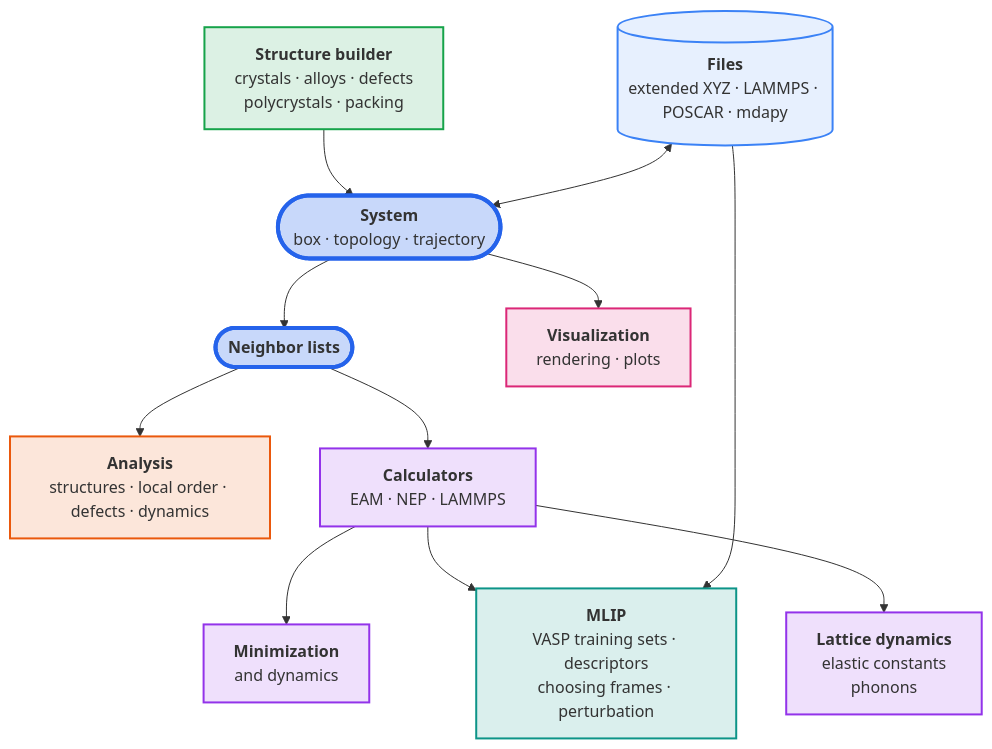
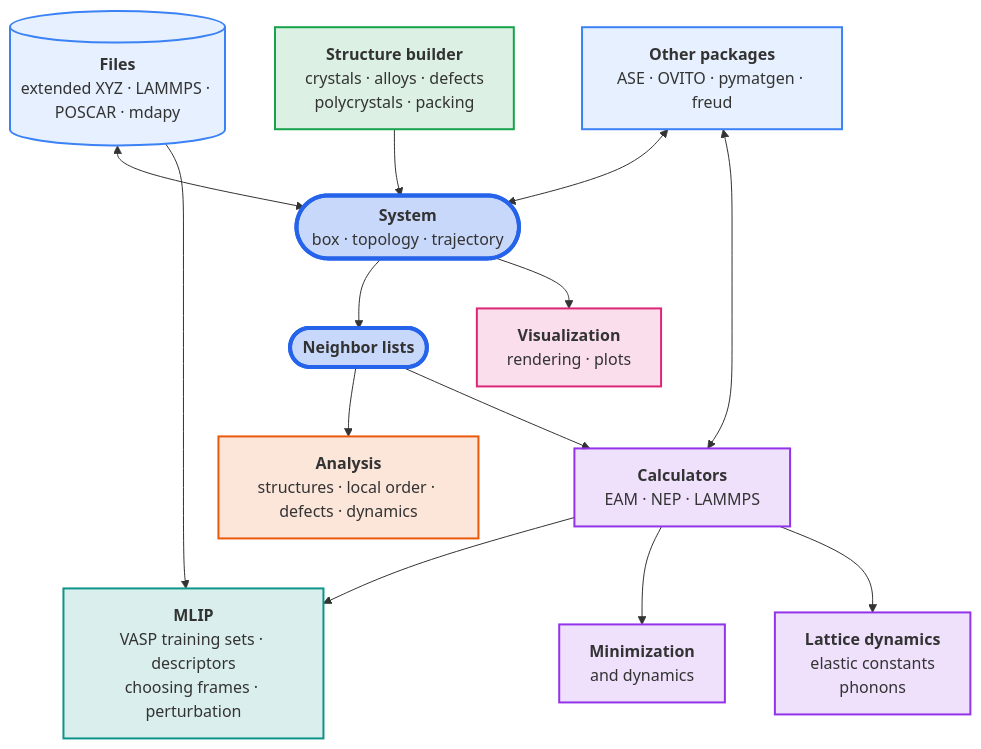
Before and after one commit to mushroomfire/mdapy: the diagram in docs/index.md, drawn with Mermaid. The commit also changed other lines of this file and 27 other files, not shown here.

First line of the commit message:
Interoperability: OVITO, pymatgen, freud and ASE calculators in mdapy

````diff
--- a/docs/index.md
+++ b/docs/index.md
@@ -26,39 +26,42 @@
 ```mermaid
 flowchart TB
     files[("<b>Files</b><br/>extended XYZ · LAMMPS · POSCAR · mdapy")]
     build["<b>Structure builder</b><br/>crystals · alloys · defects<br/>polycrystals · packing"]
     system(["<b>System</b><br/>box · topology · trajectory"])
     neighbors(["<b>Neighbor lists</b>"])
     visual["<b>Visualization</b><br/>rendering · plots"]
     mlip["<b>MLIP</b><br/>VASP training sets · descriptors<br/>choosing frames · perturbation"]
     analysis["<b>Analysis</b><br/>structures · local order · defects · dynamics"]
     calculators["<b>Calculators</b><br/>EAM · NEP · LAMMPS"]
     minimization["<b>Minimization</b><br/>and dynamics"]
     lattice["<b>Lattice dynamics</b><br/>elastic constants<br/>phonons"]
+    packages["<b>Other packages</b><br/>ASE · OVITO · pymatgen · freud"]
 
     files <--> system
     build --> system
+    packages <--> system
+    packages <--> calculators
     system --> neighbors
     system --> visual
     files --> mlip
     calculators --> mlip
     neighbors --> analysis
     neighbors --> calculators
     calculators --> minimization
     calculators --> lattice
 
     classDef core fill:#2563eb40,stroke:#2563eb,stroke-width:4px
     classDef data fill:#3b82f61f,stroke:#3b82f6,stroke-width:2px
     classDef analysis fill:#ea580c26,stroke:#ea580c,stroke-width:2px
     classDef simulation fill:#9333ea26,stroke:#9333ea,stroke-width:2px
     classDef build fill:#16a34a26,stroke:#16a34a,stroke-width:2px
     classDef visual fill:#db277726,stroke:#db2777,stroke-width:2px
     classDef mlip fill:#0d948826,stroke:#0d9488,stroke-width:2px
     class system,neighbors core
-    class files data
+    class files,packages data
     class analysis analysis
     class calculators,minimization,lattice simulation
     class build build
     class visual visual
     class mlip mlip
 ```
````
